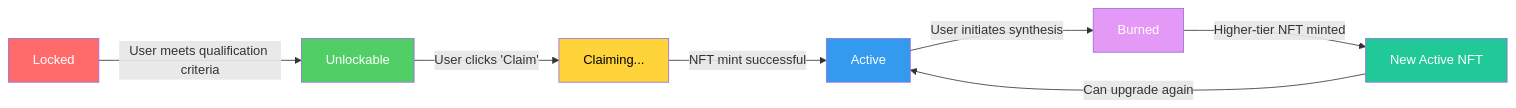
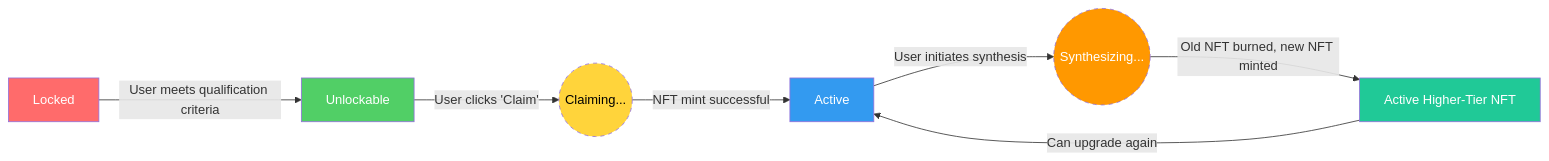
Before and after one commit to ljg-cqu/aiw3-nft-solana: the diagram in docs/business/AIW3-NFT-Business-Rules-and-Flows.md, drawn with Mermaid. The commit also changed other lines of this file, not shown here.

Commit message:
docs: clarify NFT state types and transitions in lifecycle documentation

````diff
--- a/docs/business/AIW3-NFT-Business-Rules-and-Flows.md
+++ b/docs/business/AIW3-NFT-Business-Rules-and-Flows.md
@@ -46,16 +47,16 @@
 ```mermaid
 flowchart LR
     A[Locked] -->|User meets qualification criteria| B[Unlockable]
-    B -->|User clicks 'Claim'| C[Claiming...]
+    B -->|User clicks 'Claim'| C((Claiming...))
     C -->|NFT mint successful| D[Active]
-    D -->|User initiates synthesis| E[Burned]
-    E -->|Higher-tier NFT minted| F[New Active NFT]
+    D -->|User initiates synthesis| E((Synthesizing...))
+    E -->|Old NFT burned, new NFT minted| F[Active Higher-Tier NFT]
     F -->|Can upgrade again| D
     
     style A fill:#ff6b6b,color:#fff
     style B fill:#51cf66,color:#fff
-    style C fill:#ffd43b,color:#000
+    style C fill:#ffd43b,color:#000,stroke-dasharray: 5 5
     style D fill:#339af0,color:#fff
-    style E fill:#e599f7,color:#fff
+    style E fill:#ff9800,color:#fff,stroke-dasharray: 5 5
     style F fill:#20c997,color:#fff
 ```
````
